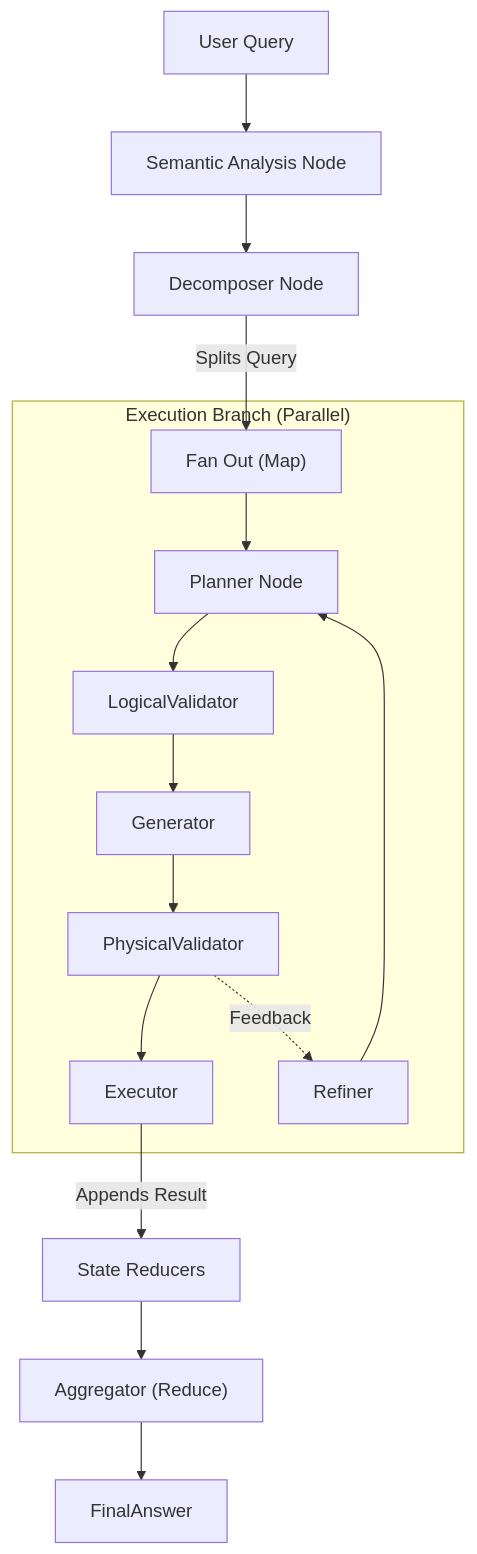
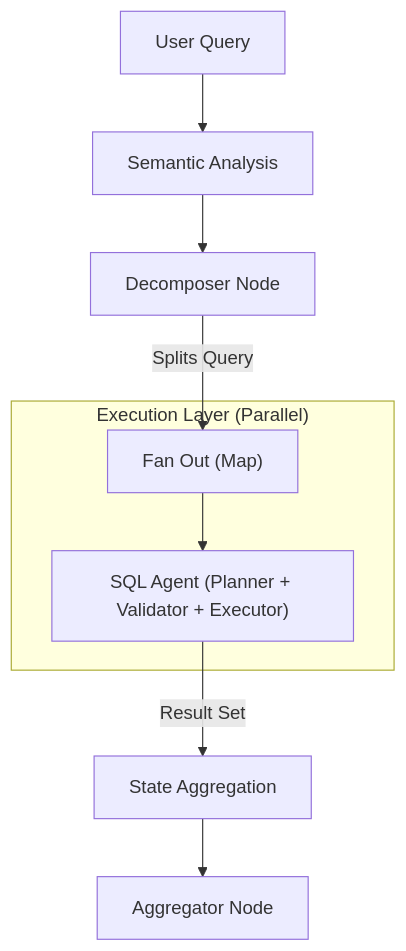
The diagram in README.md (nadeem4/nl2sql), drawn with Mermaid before and after one commit. The commit also changed other lines of this file, not shown here.

````diff
--- a/README.md
+++ b/README.md
@@ -103,21 +73,13 @@
 ```mermaid
 graph TD
-    UserQuery["User Query"] --> Semantic["Semantic Analysis Node"]
+    UserQuery["User Query"] --> Semantic["Semantic Analysis"]
     Semantic --> Decomposer["Decomposer Node"]
     Decomposer -- "Splits Query" --> MapBranching["Fan Out (Map)"]
 
-    subgraph ExecutionBranch ["Execution Branch (Parallel)"]
-        MapBranching --> Planner["Planner Node"]
-        Planner --> LogicalValidator
-        LogicalValidator --> Generator
-        Generator --> PhysicalValidator
-        PhysicalValidator --> Executor
-        
-        PhysicalValidator -. "Feedback" .-> Refiner["Refiner"]
-        Refiner --> Planner
+    subgraph Execution_Layer ["Execution Layer (Parallel)"]
+        MapBranching --> SQL_Agent["SQL Agent (Planner + Validator + Executor)"]
     end
 
-    Executor -- "Appends Result" --> StateAggregation["State Reducers"]
-    StateAggregation --> Aggregator["Aggregator (Reduce)"]
-    Aggregator --> FinalAnswer
+    SQL_Agent -- "Result Set" --> Reducer["State Aggregation"]
+    Reducer --> Aggregator["Aggregator Node"]
 ```
````
